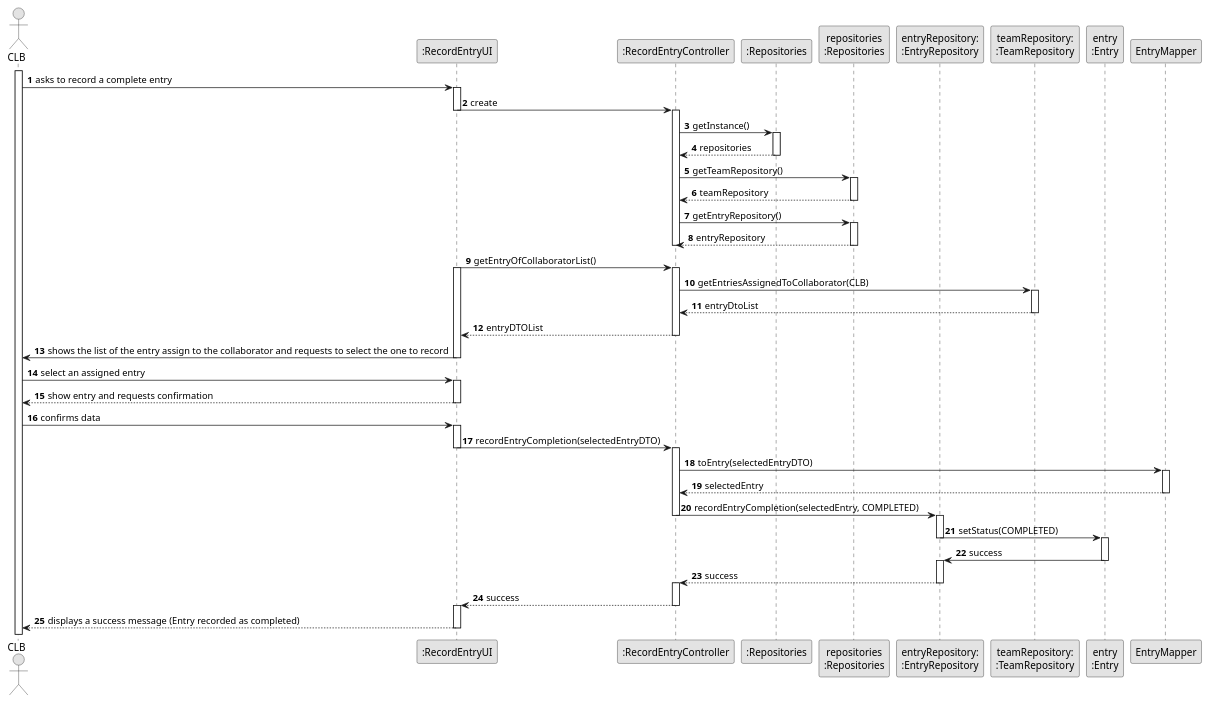
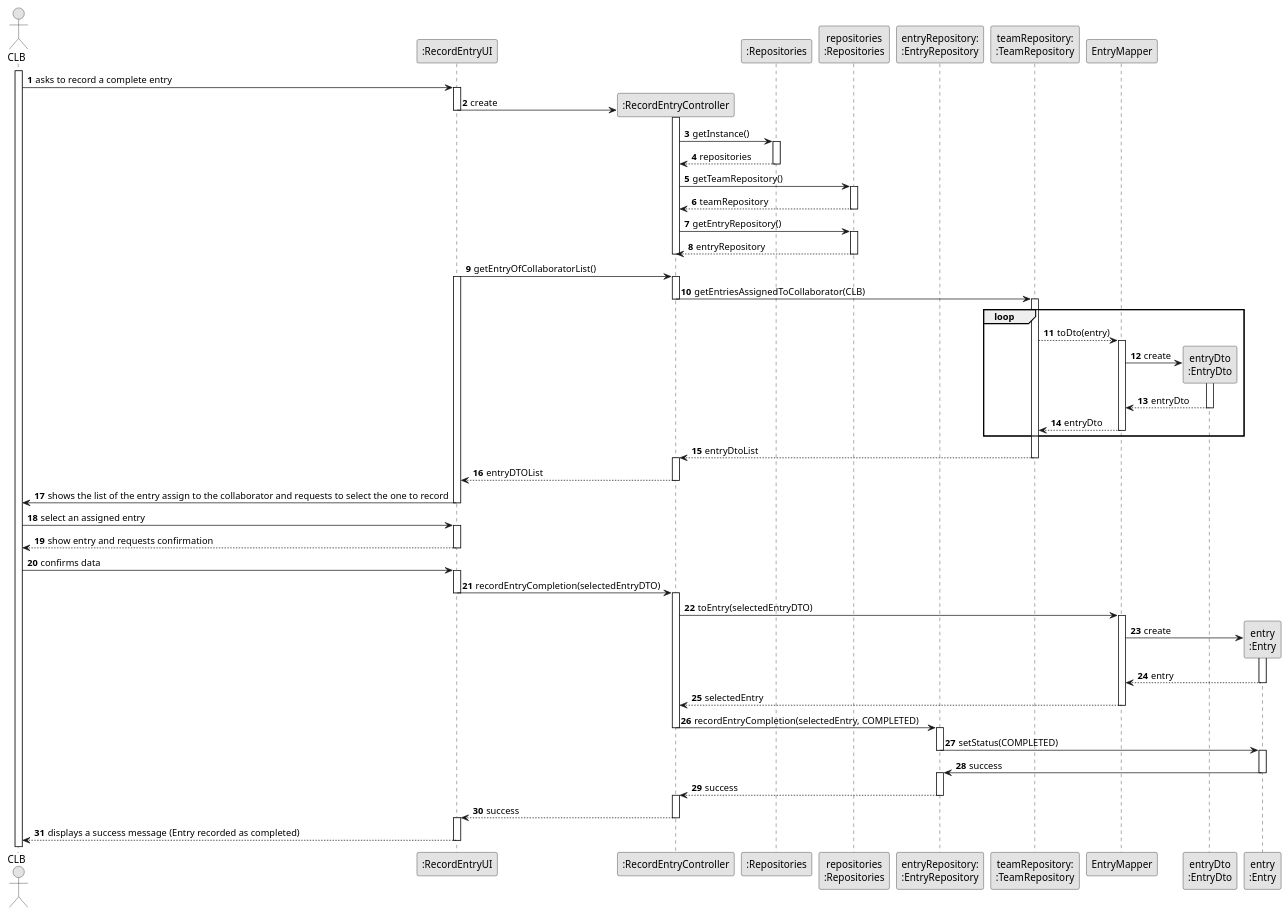
Before and after one commit to ricardomm7/leaflink: the diagram in docs/sprintC/us029/03.design/puml/us029-sequence-diagram-full.puml, drawn with PlantUML. The commit also changed 1 other file, not shown here.

Commit message:
Update US24/US29 Sequence Diagram

```diff
--- a/docs/sprintC/us029/03.design/puml/us029-sequence-diagram-full.puml
+++ b/docs/sprintC/us029/03.design/puml/us029-sequence-diagram-full.puml
@@ -1,107 +1,129 @@
 @startuml
 skinparam monochrome true
 skinparam packageStyle rectangle
 skinparam shadowing false
 
 autonumber
 
 actor "CLB" as CLB
 participant ":RecordEntryUI" as UI
 participant ":RecordEntryController" as CTRL
 participant ":Repositories" as RepositorySingleton
 participant "repositories\n:Repositories" as PLAT
 participant "entryRepository:\n:EntryRepository" as EntryRepo
 participant "teamRepository:\n:TeamRepository" as TeamRepo
+participant "EntryMapper" as EntryMapper
+participant "entryDto\n:EntryDto" as EntryDto
 participant "entry\n:Entry" as Entry
-participant "EntryMapper" as EntryMapper
+
 
 activate CLB
 
     CLB -> UI : asks to record a complete entry
     activate UI
 
-        UI -> CTRL : create
+        UI -> CTRL** : create
         deactivate UI
         activate CTRL
 
             CTRL -> RepositorySingleton: getInstance()
             activate RepositorySingleton
 
                 RepositorySingleton --> CTRL: repositories
             deactivate RepositorySingleton
 
             CTRL -> PLAT : getTeamRepository()
             activate PLAT
 
                 PLAT --> CTRL: teamRepository
             deactivate PLAT
 
             CTRL -> PLAT : getEntryRepository()
             activate PLAT
 
                 PLAT --> CTRL: entryRepository
             deactivate PLAT
 
 
         deactivate CTRL
 
         UI -> CTRL: getEntryOfCollaboratorList()
         activate UI
         activate CTRL
 
             CTRL -> TeamRepo: getEntriesAssignedToCollaborator(CLB)
+            deactivate CTRL
             activate TeamRepo
 
+            loop
+                TeamRepo --> EntryMapper: toDto(entry)
+                activate EntryMapper
+
+                    EntryMapper -> EntryDto** : create
+                    activate EntryDto
+
+                    EntryDto --> EntryMapper : entryDto
+                    deactivate EntryDto
+
+                EntryMapper --> TeamRepo: entryDto
+                deactivate EntryMapper
+            end
                 TeamRepo --> CTRL: entryDtoList
             deactivate TeamRepo
+        activate CTRL
 
-
-            CTRL --> UI : entryDTOList
+        CTRL --> UI : entryDTOList
         deactivate CTRL
 
         UI -> CLB : shows the list of the entry assign to the collaborator and requests to select the one to record
     deactivate UI
 
     CLB -> UI : select an assigned entry
     activate UI
 
         UI --> CLB : show entry and requests confirmation
     deactivate UI
 
     CLB -> UI : confirms data
     activate UI
 
         UI -> CTRL : recordEntryCompletion(selectedEntryDTO)
         deactivate UI
         activate CTRL
 
             CTRL -> EntryMapper : toEntry(selectedEntryDTO)
             activate EntryMapper
+
+                EntryMapper -> Entry** : create
+                activate Entry
+
+                Entry --> EntryMapper : entry
+                deactivate Entry
 
                 EntryMapper --> CTRL : selectedEntry
             deactivate EntryMapper
 
             CTRL -> EntryRepo : recordEntryCompletion(selectedEntry, COMPLETED)
             deactivate CTRL
             activate EntryRepo
 
                 EntryRepo -> Entry : setStatus(COMPLETED)
                 deactivate EntryRepo
                 activate Entry
 
                 Entry -> EntryRepo : success
                 deactivate Entry
                 activate EntryRepo
 
             EntryRepo --> CTRL : success
             deactivate EntryRepo
             activate CTRL
 
             CTRL --> UI : success
         deactivate CTRL
         activate UI
 
         UI --> CLB : displays a success message (Entry recorded as completed)
     deactivate UI
 
 @enduml
```
